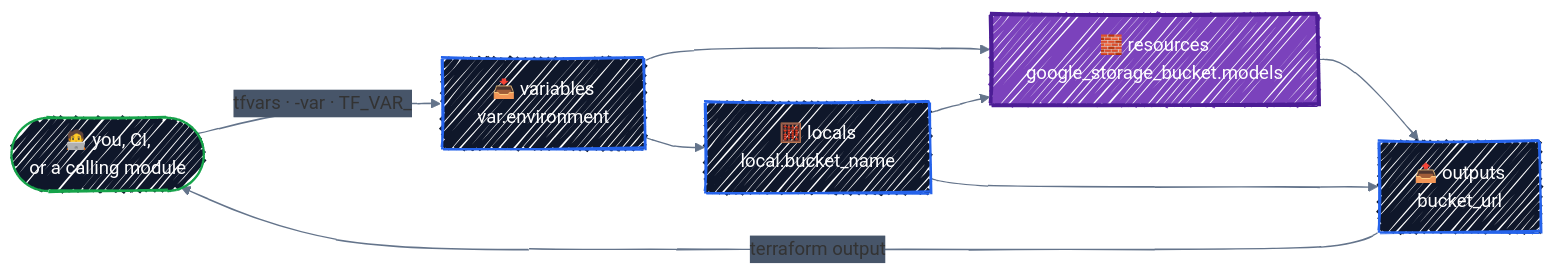
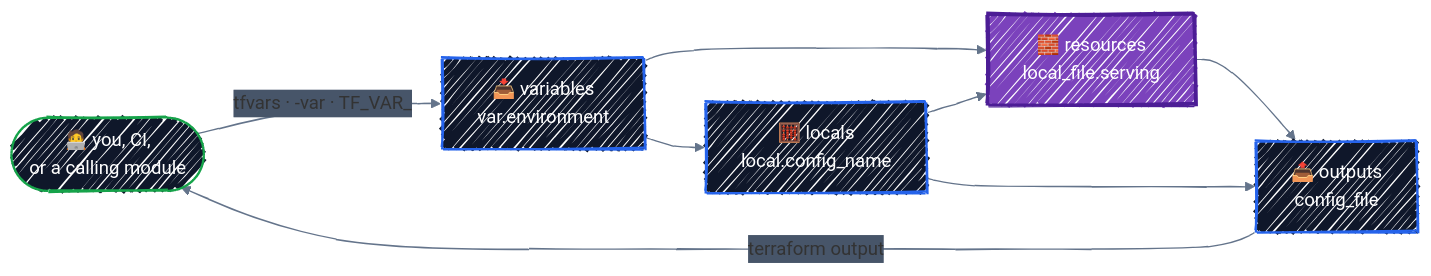
The first of 2 diagrams in docs/core-language/variables-and-outputs.md (r97221004/terraform-tutorial), drawn with Mermaid before and after one commit. The commit also changed other lines of this file and 7 other files, not shown here.

First line of the commit message:
docs: teach variables and outputs with local files

````diff
--- a/docs/core-language/variables-and-outputs.md
+++ b/docs/core-language/variables-and-outputs.md
@@ -21,34 +21,34 @@
 ```mermaid
 ---
 config:
   look: handDrawn
   theme: default
   themeVariables:
     fontFamily: '"Comic Sans MS", "Comic Sans", "Segoe Print", "Bradley Hand", cursive'
     lineColor: '#64748B'
     edgeLabelBackground: '#475569'
   themeCSS: |
     .edgeLabel, .edgeLabel p, .edgeLabel span { color: #FFFFFF !important; }
 ---
 flowchart LR
     caller(["🧑‍💻 you, CI,<br/>or a calling module"])
     var["📥 variables<br/>var.environment"]
-    loc["🧮 locals<br/>local.bucket_name"]
-    res["🧱 resources<br/>google_storage_bucket.models"]
-    out["📤 outputs<br/>bucket_url"]
+    loc["🧮 locals<br/>local.config_name"]
+    res["🧱 resources<br/>local_file.serving"]
+    out["📤 outputs<br/>config_file"]
 
     caller -->|"tfvars · -var · TF_VAR_"| var
     var --> loc
     var --> res
     loc --> res
     res --> out
     loc --> out
     out -->|"terraform output"| caller
 
     classDef ctrl fill:#0F172A,stroke:#2563EB,stroke-width:2px,color:#FFFFFF
     classDef eng fill:#7B42BC,stroke:#4C1D95,stroke-width:3px,color:#FFFFFF
     classDef tgt fill:#0F172A,stroke:#16A34A,stroke-width:2px,color:#FFFFFF
     class caller tgt
     class var,loc,out ctrl
     class res eng
 ```
````
